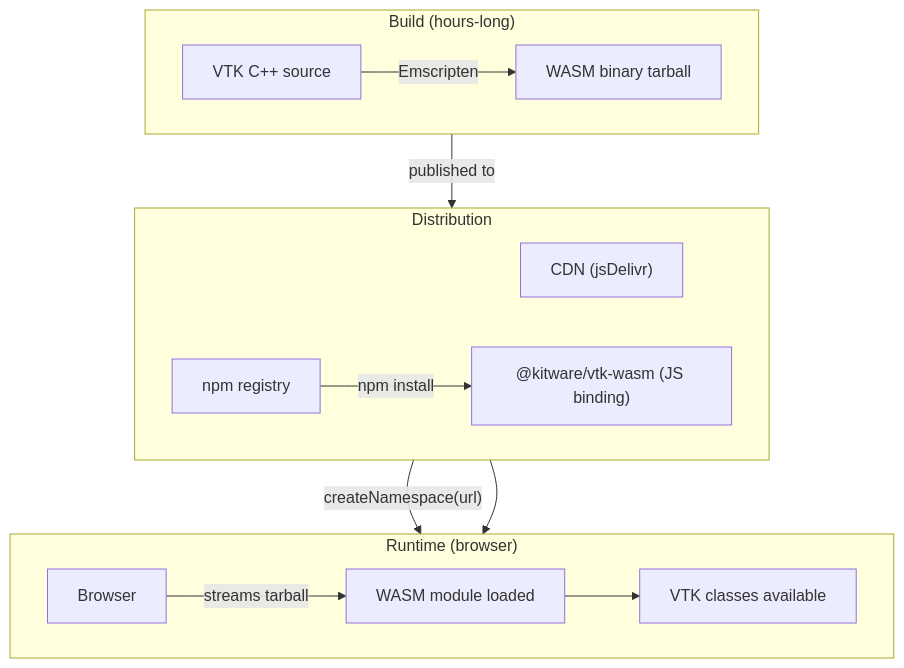
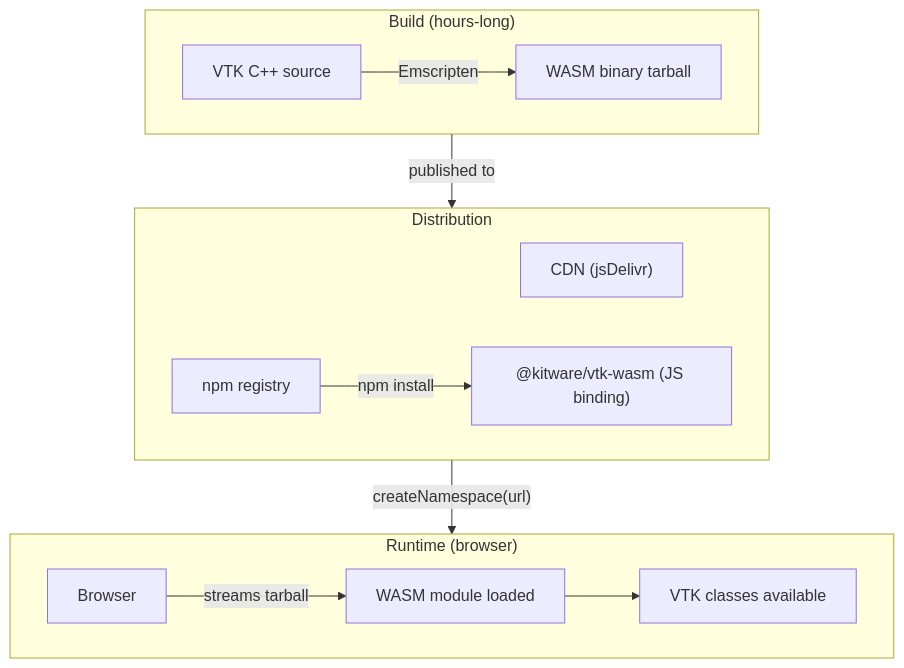
One commit to tkoyama010/pyvista-wasm changed the second of 4 diagrams in slides/slides.md. Above: the diagram before and after it, drawn with Mermaid.

Commit message:
docs: remove unnamed edge from distribution diagram

````diff
--- a/slides/slides.md
+++ b/slides/slides.md
@@ -496,19 +496,18 @@
 ```mermaid {scale: 0.55}
 flowchart TB
   subgraph Build["Build (hours-long)"]
     direction LR
     V["VTK C++ source"] -->|"Emscripten"| W["WASM binary tarball"]
   end
   subgraph Dist["Distribution"]
     direction LR
     W -->|"published to"| CDN["CDN (jsDelivr)"]
     NPM["npm registry"] -->|"npm install"| PKG["@kitware/vtk-wasm (JS binding)"]
   end
   subgraph Runtime["Runtime (browser)"]
     direction LR
     CDN -->|"createNamespace(url)"| BR["Browser"]
-    PKG --> BR
     BR -->|"streams tarball"| MEM["WASM module loaded"]
     MEM --> R["VTK classes available"]
   end
 ```
````
